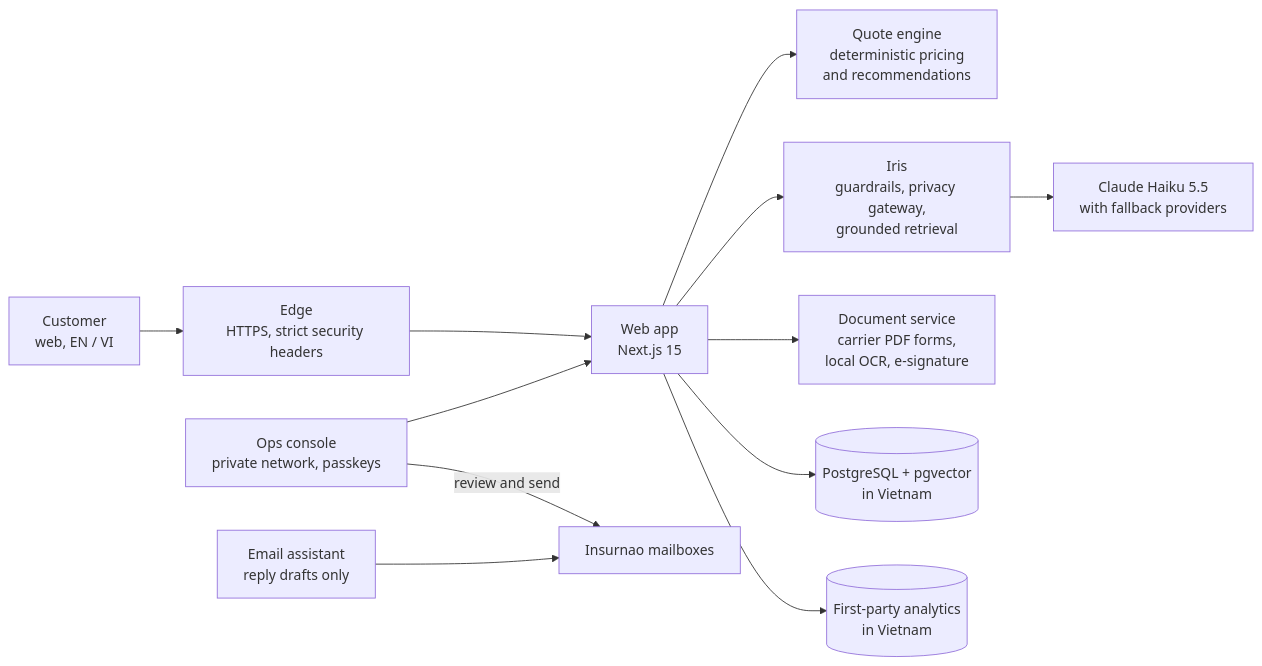
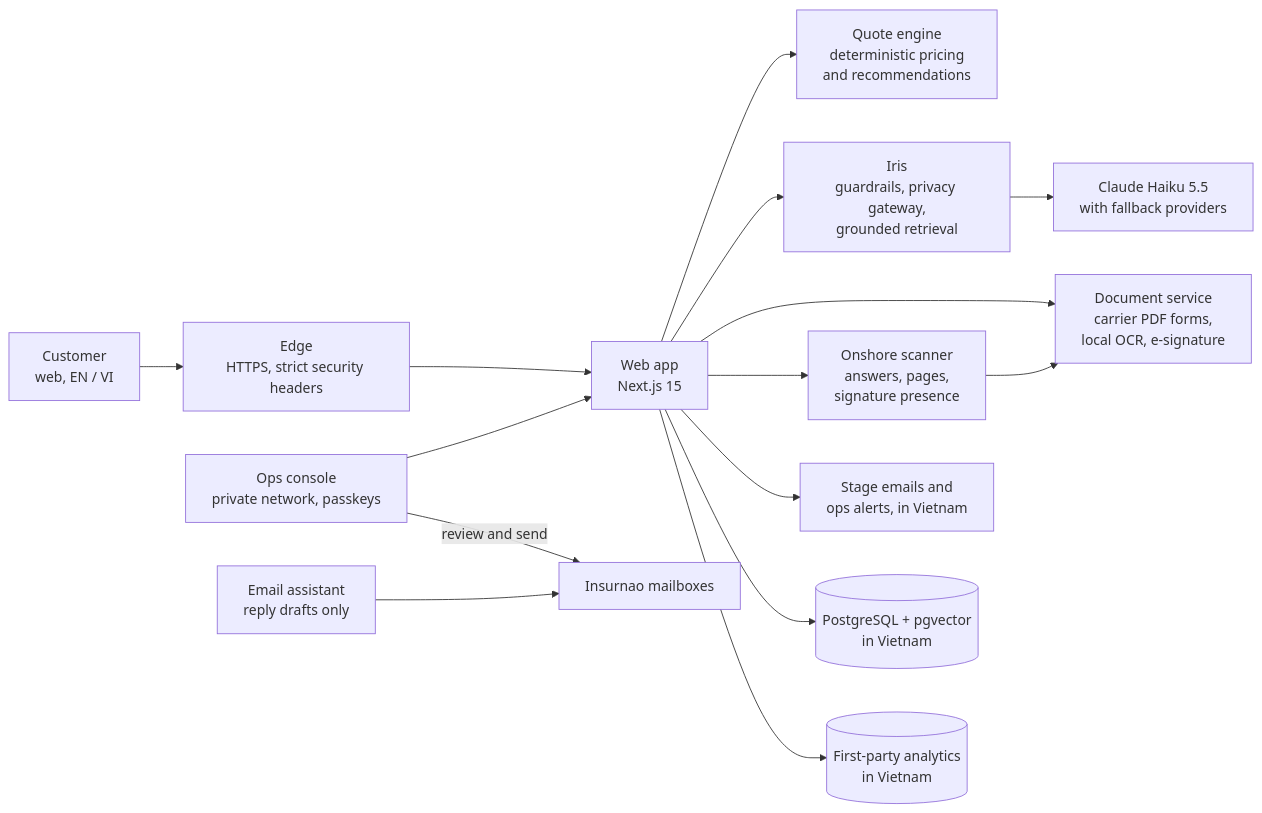
The diagram in README.md (lecu0ng/insurnao-overview), drawn with Mermaid before and after one commit. The commit also changed other lines of this file, not shown here.

First line of the commit message:
Overview: from application to insurer (upload, onshore scanner, team review, send), emails and alerts, tools, 22 Oct live runs

````diff
--- a/README.md
+++ b/README.md
@@ -77,14 +80,17 @@
 ```mermaid
 flowchart LR
   U["Customer<br/>web, EN / VI"] --> E["Edge<br/>HTTPS, strict security headers"]
   E --> W["Web app<br/>Next.js 15"]
   W --> Q["Quote engine<br/>deterministic pricing<br/>and recommendations"]
   W --> I["Iris<br/>guardrails, privacy gateway,<br/>grounded retrieval"]
   W --> D["Document service<br/>carrier PDF forms,<br/>local OCR, e-signature"]
+  W --> SC["Onshore scanner<br/>answers, pages,<br/>signature presence"]
+  SC --> D
+  W --> N["Stage emails and<br/>ops alerts, in Vietnam"]
   W --> DB[("PostgreSQL + pgvector<br/>in Vietnam")]
   I --> M["Claude Haiku 5.5<br/>with fallback providers"]
   W --> A[("First-party analytics<br/>in Vietnam")]
   OPS["Ops console<br/>private network, passkeys"] --> W
   MA["Email assistant<br/>reply drafts only"] --> MB["Insurnao mailboxes"]
   OPS -->|"review and send"| MB
 ```
````
